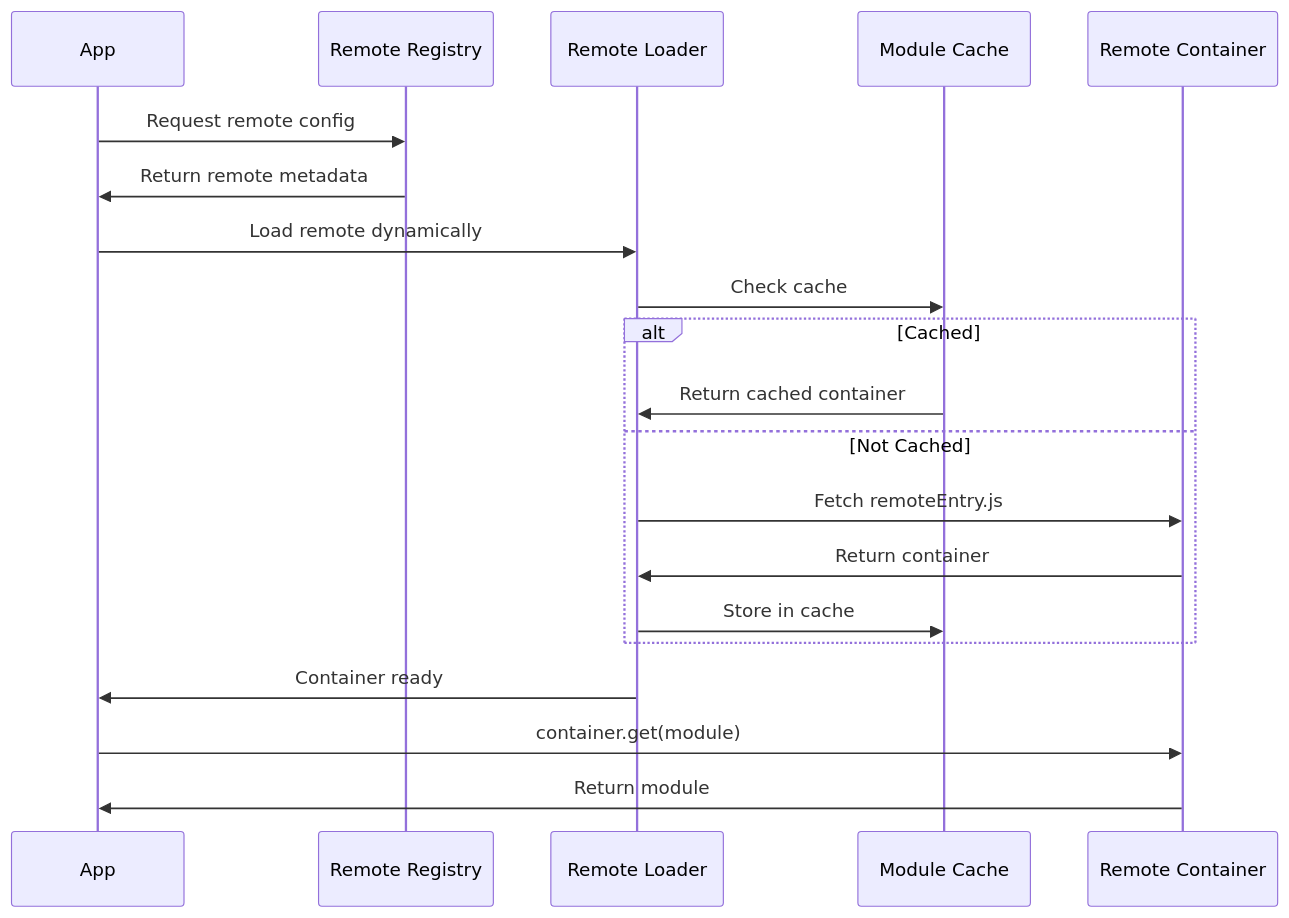
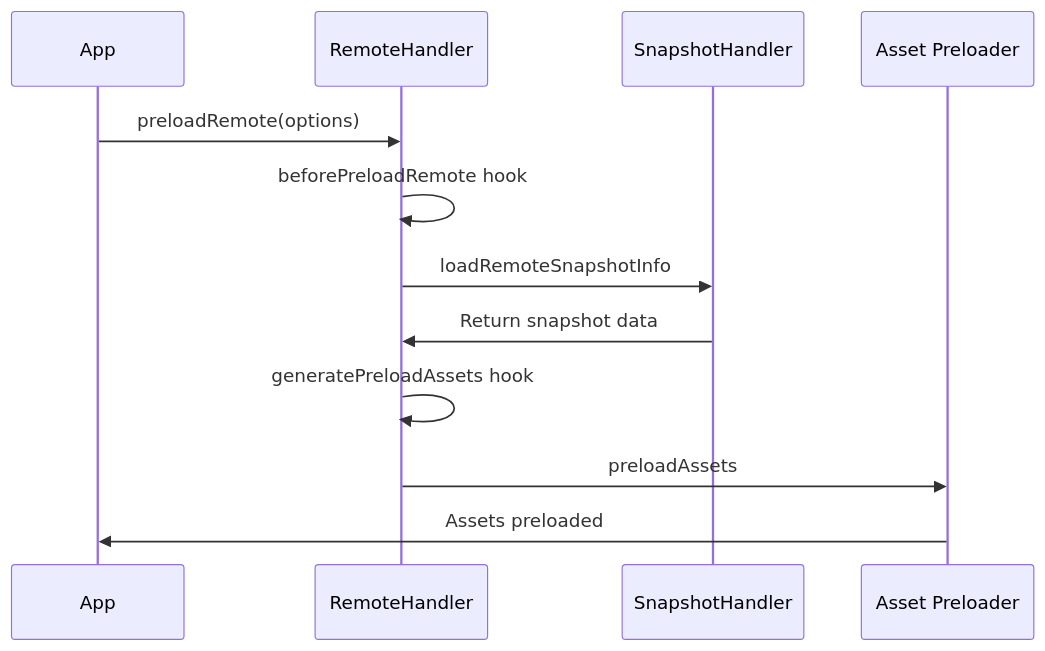
One commit to module-federation/core changed the diagram in arch-doc/advanced-topics.md. Above: the diagram before and after it, drawn with Mermaid. The commit also changed other lines of this file and 5 other files, not shown here.

First line of the commit message:
docs: fix all architectural documentation inaccuracies

````diff
--- a/arch-doc/advanced-topics.md
+++ b/arch-doc/advanced-topics.md
@@ -440,26 +309,15 @@
 ```mermaid
 sequenceDiagram
     participant App
-    participant Registry as Remote Registry
-    participant Loader as Remote Loader
-    participant Cache as Module Cache
-    participant Remote as Remote Container
+    participant Handler as RemoteHandler
+    participant Snapshot as SnapshotHandler
+    participant Assets as Asset Preloader
     
-    App->>Registry: Request remote config
-    Registry->>App: Return remote metadata
-    
-    App->>Loader: Load remote dynamically
-    Loader->>Cache: Check cache
-    
-    alt Cached
-        Cache->>Loader: Return cached container
-    else Not Cached
-        Loader->>Remote: Fetch remoteEntry.js
-        Remote->>Loader: Return container
-        Loader->>Cache: Store in cache
-    end
-    
-    Loader->>App: Container ready
-    App->>Remote: container.get(module)
-    Remote->>App: Return module
+    App->>Handler: preloadRemote(options)
+    Handler->>Handler: beforePreloadRemote hook
+    Handler->>Snapshot: loadRemoteSnapshotInfo
+    Snapshot->>Handler: Return snapshot data
+    Handler->>Handler: generatePreloadAssets hook
+    Handler->>Assets: preloadAssets
+    Assets->>App: Assets preloaded
 ```
````
